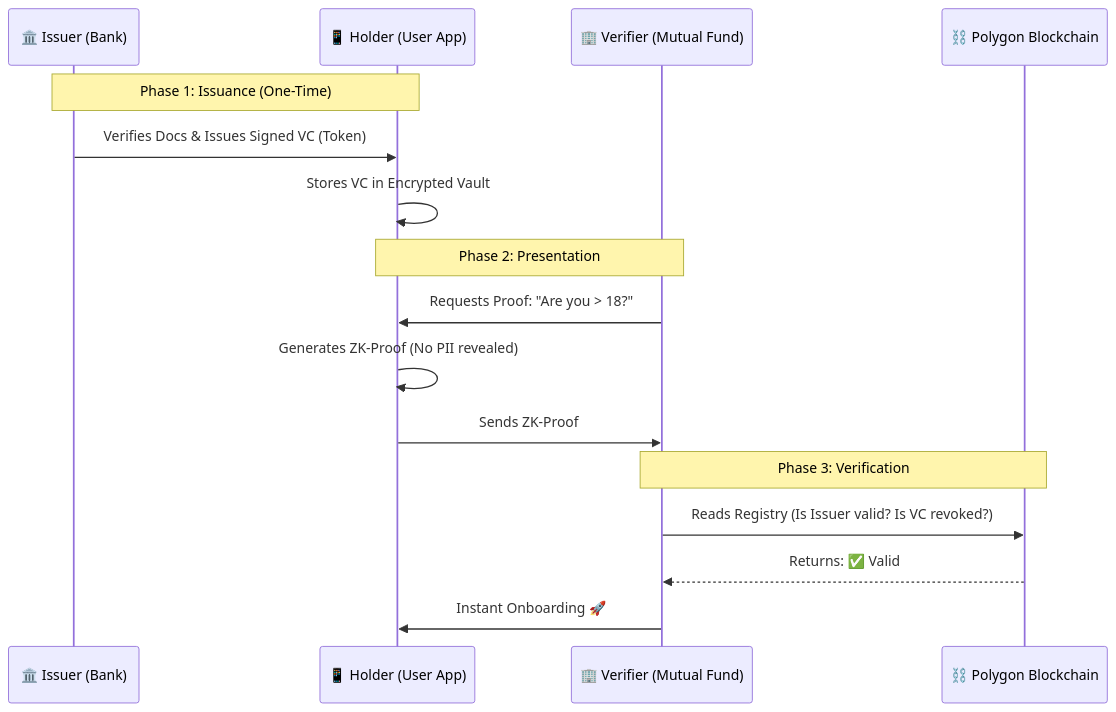
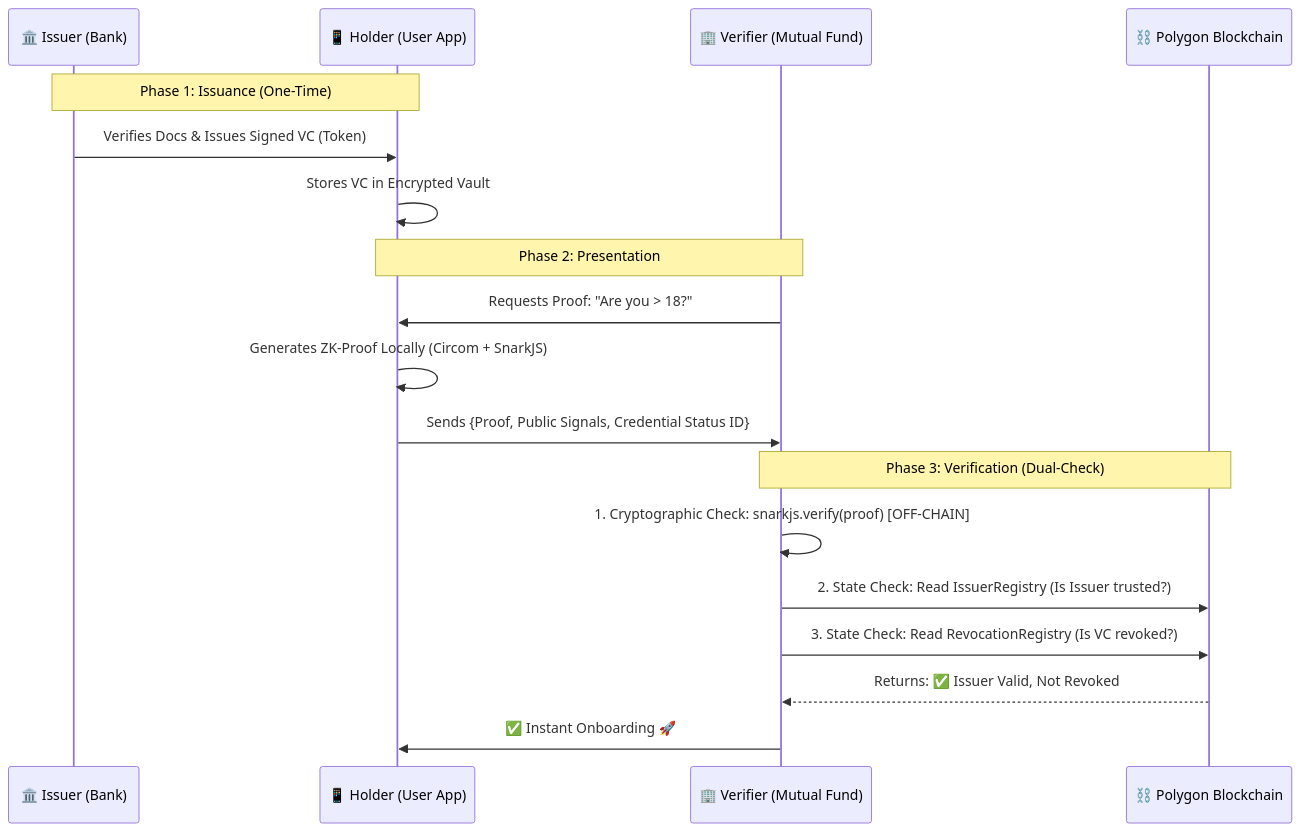
One commit to psr-codes/MyPersona changed the diagram in README.md. Above: the diagram before and after it, drawn with Mermaid. The commit also changed other lines of this file, not shown here.

Commit message:
Revise images and contact information in README
Updated images and email contact in README.md.

````diff
--- a/README.md
+++ b/README.md
@@ -54,21 +58,23 @@
 ```mermaid
 sequenceDiagram
     participant I as 🏛️ Issuer (Bank)
     participant U as 📱 Holder (User App)
     participant V as 🏢 Verifier (Mutual Fund)
     participant B as ⛓️ Polygon Blockchain
 
     Note over I, U: Phase 1: Issuance (One-Time)
     I->>U: Verifies Docs & Issues Signed VC (Token)
     U->>U: Stores VC in Encrypted Vault
 
     Note over U, V: Phase 2: Presentation
     V->>U: Requests Proof: "Are you > 18?"
-    U->>U: Generates ZK-Proof (No PII revealed)
-    U->>V: Sends ZK-Proof
+    U->>U: Generates ZK-Proof Locally (Circom + SnarkJS)
+    U->>V: Sends {Proof, Public Signals, Credential Status ID}
 
-    Note over V, B: Phase 3: Verification
-    V->>B: Reads Registry (Is Issuer valid? Is VC revoked?)
-    B-->>V: Returns: ✅ Valid
-    V->>U: Instant Onboarding 🚀
+    Note over V, B: Phase 3: Verification (Dual-Check)
+    V->>V: 1. Cryptographic Check: snarkjs.verify(proof) [OFF-CHAIN]
+    V->>B: 2. State Check: Read IssuerRegistry (Is Issuer trusted?)
+    V->>B: 3. State Check: Read RevocationRegistry (Is VC revoked?)
+    B-->>V: Returns: ✅ Issuer Valid, Not Revoked
+    V->>U: ✅ Instant Onboarding 🚀
 ```
````
